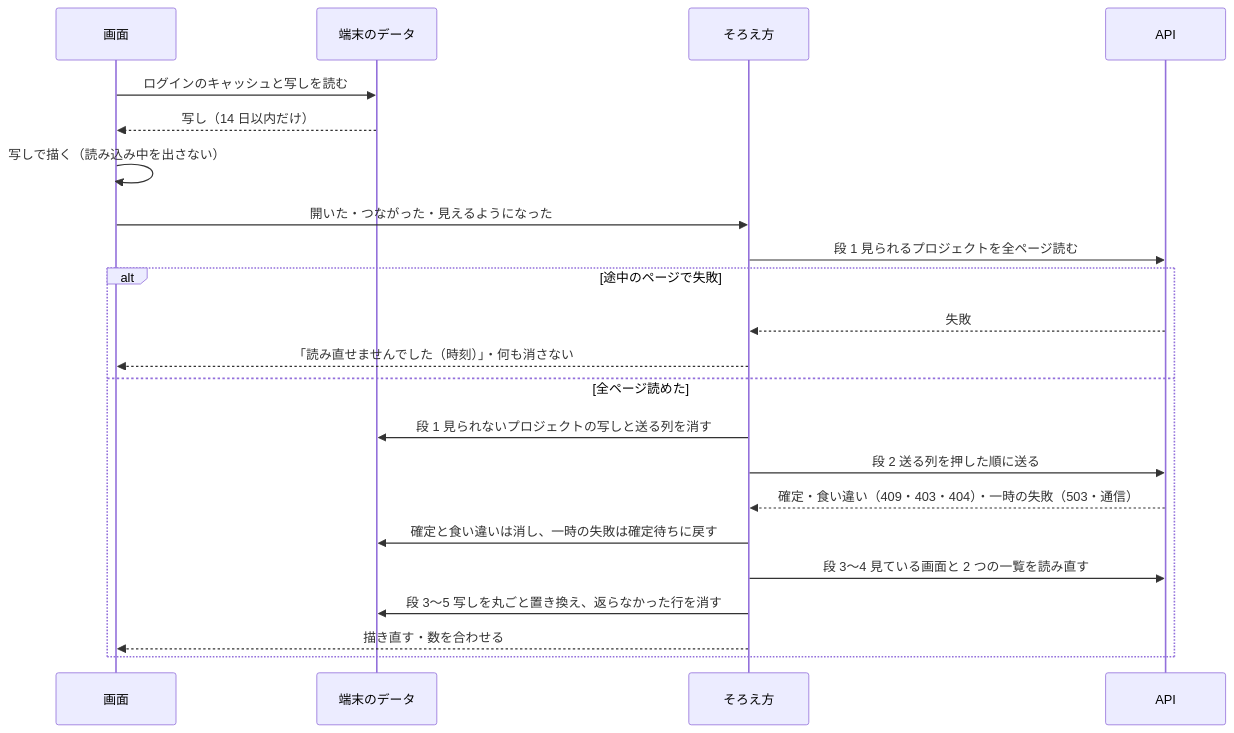
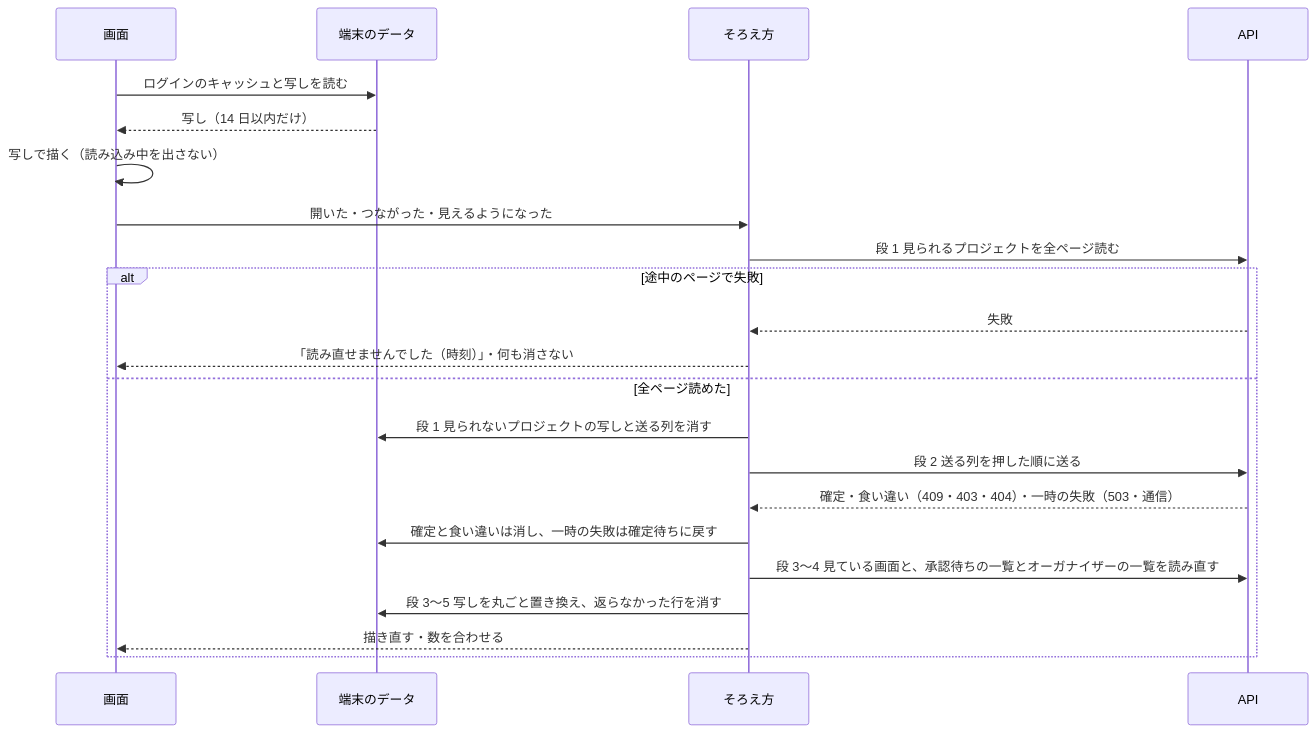
Before and after one commit to devbasex/nd-factory: the fifth of 5 diagrams in issues/issue-12-design.md, drawn with Mermaid. The commit also changed other lines of this file, not shown here.

````diff
--- a/issues/issue-12-design.md
+++ b/issues/issue-12-design.md
@@ -252,24 +252,24 @@
 ```mermaid
 sequenceDiagram
   participant P as 画面
   participant D as 端末のデータ
   participant Y as そろえ方
   participant A as API
   P->>D: ログインのキャッシュと写しを読む
   D-->>P: 写し（14 日以内だけ）
   P->>P: 写しで描く（読み込み中を出さない）
   P->>Y: 開いた・つながった・見えるようになった
   Y->>A: 段 1 見られるプロジェクトを全ページ読む
   alt 途中のページで失敗
     A-->>Y: 失敗
     Y-->>P: 「読み直せませんでした（時刻）」・何も消さない
   else 全ページ読めた
     Y->>D: 段 1 見られないプロジェクトの写しと送る列を消す
     Y->>A: 段 2 送る列を押した順に送る
     A-->>Y: 確定・食い違い（409・403・404）・一時の失敗（503・通信）
     Y->>D: 確定と食い違いは消し、一時の失敗は確定待ちに戻す
-    Y->>A: 段 3〜4 見ている画面と 2 つの一覧を読み直す
+    Y->>A: 段 3〜4 見ている画面と、承認待ちの一覧とオーガナイザーの一覧を読み直す
     Y->>D: 段 3〜5 写しを丸ごと置き換え、返らなかった行を消す
     Y-->>P: 描き直す・数を合わせる
   end
 ```
````
